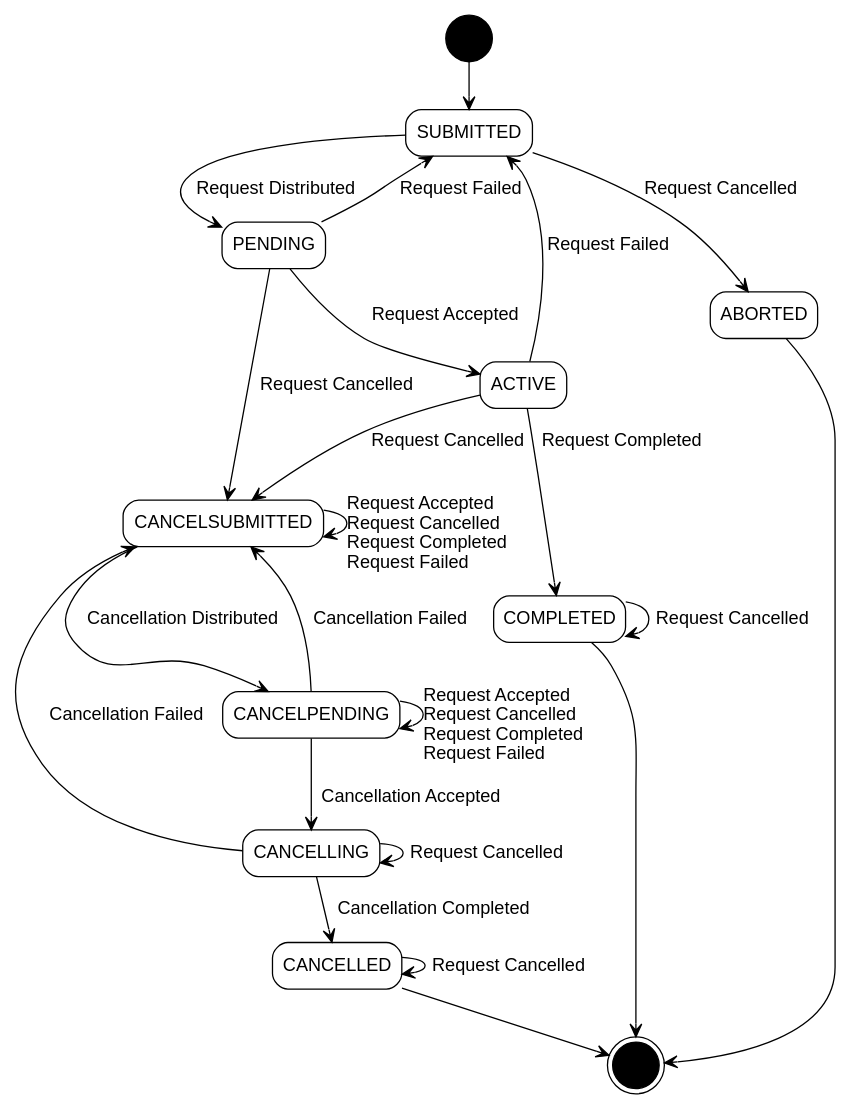
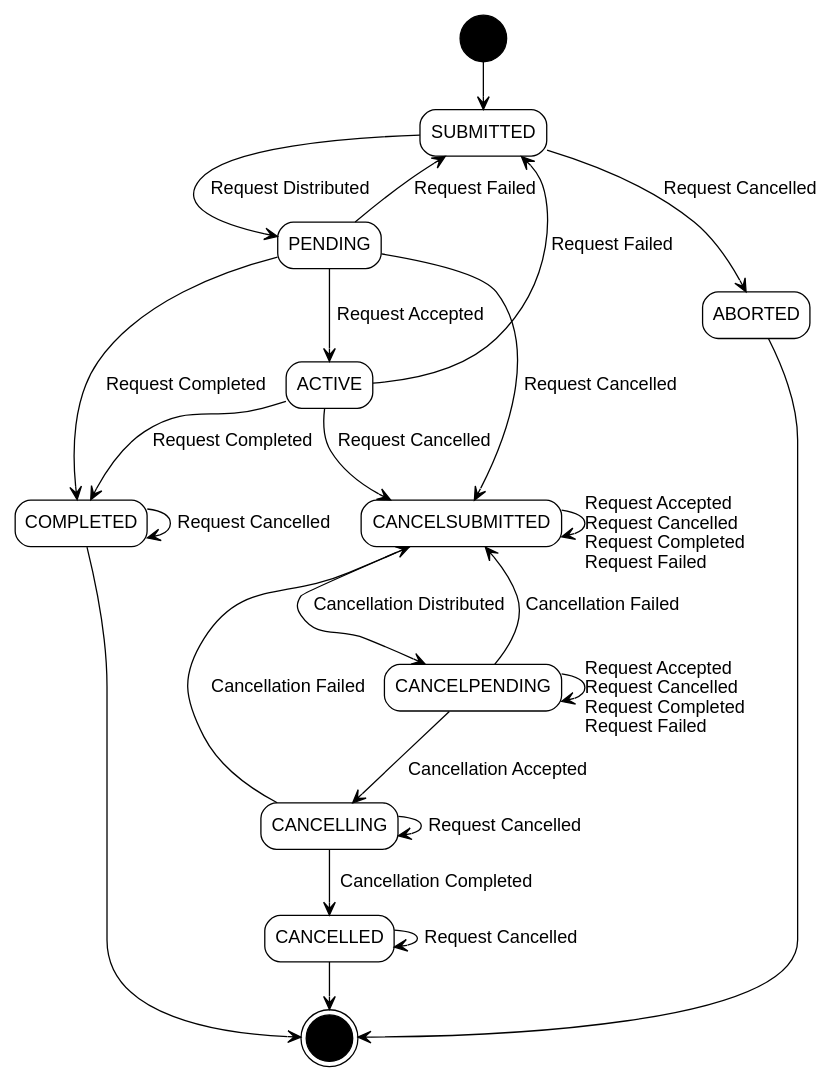
One commit to ONSdigital/response-management-service changed the diagram in actionsvc/diagrams/actionstates.dot. Above: the diagram before and after it, drawn with Graphviz.

Commit message:
Added missing PENDING to COMPLETE transition

```diff
--- a/actionsvc/diagrams/actionstates.dot
+++ b/actionsvc/diagrams/actionstates.dot
@@ -1,41 +1,42 @@
 /* Action service action states. Run using dot -Tpng actionstates.dot > actionstates.png */
 /* See https://fsteeg.wordpress.com/2006/11/16/uml-activity-diagrams-with-graphviz/ */
 digraph actionstates {
     size="20,20";
     edge[arrowhead=open]
     node [shape=rectangle];
     start[shape=circle, label="", fillcolor=black, style=filled]
     end[shape=doublecircle, label="", fillcolor=black, style=filled]
     submitted[label="SUBMITTED", fontname="helvetica", style=rounded]
     pending[label="PENDING", fontname="helvetica", style=rounded]
     active[label="ACTIVE", fontname="helvetica", style=rounded]
     completed[label="COMPLETED", fontname="helvetica", style=rounded]
     aborted[label="ABORTED", fontname="helvetica", style=rounded]
     cancelsubmitted[label="CANCELSUBMITTED", fontname="helvetica", style=rounded]
     cancelpending[label="CANCELPENDING", fontname="helvetica", style=rounded]
     cancelling[label="CANCELLING", fontname="helvetica", style=rounded]
     cancelled[label="CANCELLED", fontname="helvetica", style=rounded]
 
     start -> submitted
     submitted -> pending[fontname="helvetica", label="Request Distributed"]
     submitted -> aborted[fontname="helvetica", label="Request Cancelled"]
     pending -> active[fontname="helvetica", label="Request Accepted"]
+    pending -> completed[fontname="helvetica", label="Request Completed"]
     active -> completed[fontname="helvetica", label="Request Completed"]
     cancelsubmitted -> cancelpending[fontname="helvetica", label="Cancellation Distributed"]
     cancelpending -> cancelling[fontname="helvetica", label="Cancellation Accepted"]
     cancelling -> cancelled[fontname="helvetica", label="Cancellation Completed"]
     active -> submitted[fontname="helvetica", label="Request Failed"]
     pending -> submitted[fontname="helvetica", label="Request Failed"]
     active -> cancelsubmitted[fontname="helvetica", label="Request Cancelled"]
     pending -> cancelsubmitted[fontname="helvetica", label="Request Cancelled"]
     cancelling -> cancelsubmitted[fontname="helvetica", label="Cancellation Failed"]
     cancelpending -> cancelsubmitted[fontname="helvetica", label="Cancellation Failed"]
     cancelsubmitted -> cancelsubmitted[fontname="helvetica", label="\lRequest Accepted\lRequest Cancelled\lRequest Completed\lRequest Failed\l"]
     cancelpending -> cancelpending[fontname="helvetica", label="\lRequest Accepted\lRequest Cancelled\lRequest Completed\lRequest Failed\l"]
     completed -> completed[fontname="helvetica", label="Request Cancelled"]
     cancelled -> cancelled[fontname="helvetica", label="Request Cancelled"]
     cancelling -> cancelling[fontname="helvetica", label="Request Cancelled"]
     aborted -> end
     completed -> end
     cancelled -> end
 }
```
